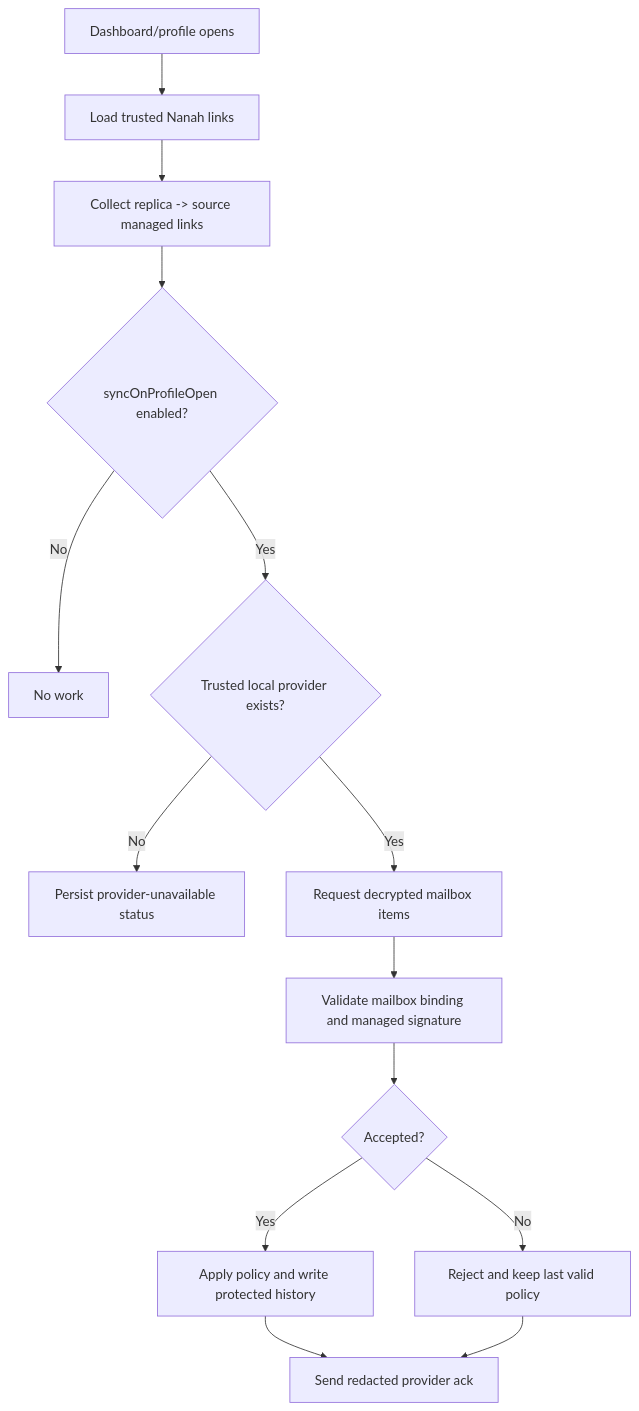
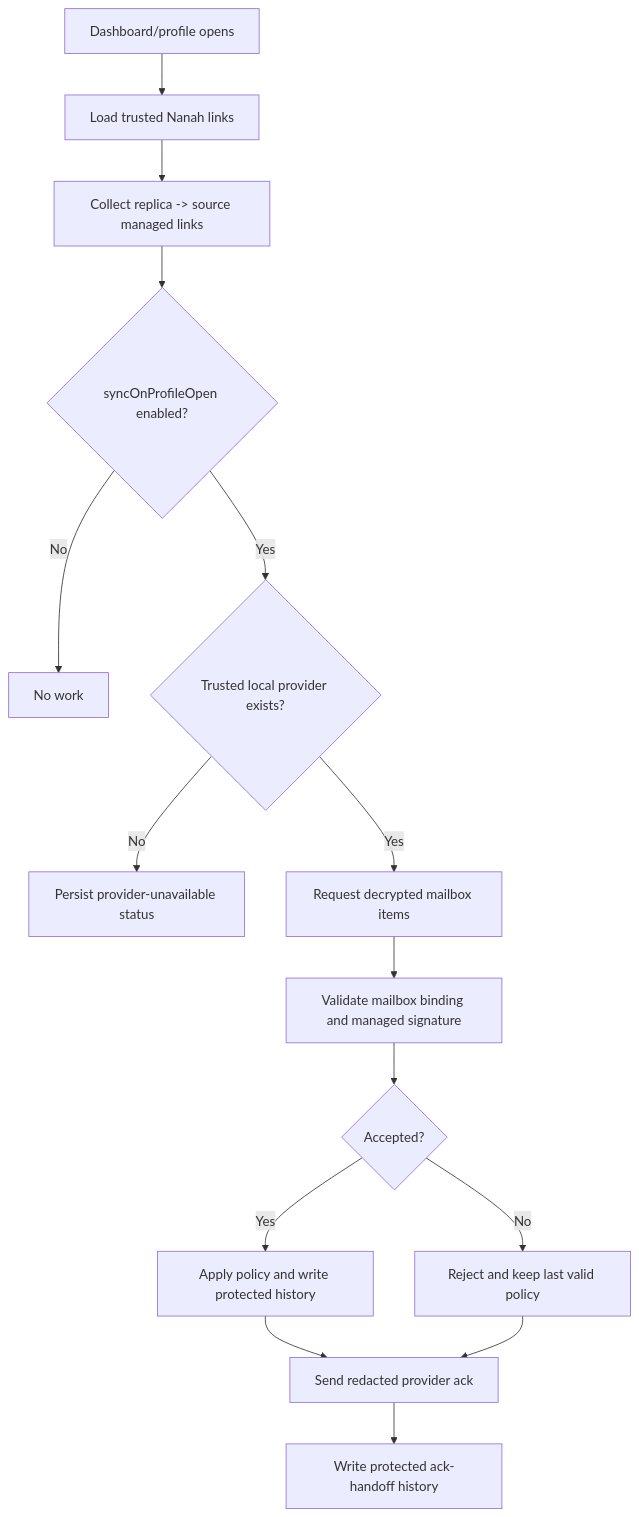
One commit to varshneydevansh/FilterTube changed the diagram in docs/audit/FILTERTUBE_NANAH_MANAGED_PULL_ON_OPEN_2026-06-04.md. Above: the diagram before and after it, drawn with Mermaid. The commit also changed other lines of this file and 58 other files, not shown here.

Commit message:
feat: record managed mailbox ack history

````diff
--- a/docs/audit/FILTERTUBE_NANAH_MANAGED_PULL_ON_OPEN_2026-06-04.md
+++ b/docs/audit/FILTERTUBE_NANAH_MANAGED_PULL_ON_OPEN_2026-06-04.md
@@ -32,16 +35,17 @@
 ```mermaid
 flowchart TD
   A["Dashboard/profile opens"] --> B["Load trusted Nanah links"]
   B --> C["Collect replica -> source managed links"]
   C --> D{"syncOnProfileOpen enabled?"}
   D -->|No| E["No work"]
   D -->|Yes| F{"Trusted local provider exists?"}
   F -->|No| G["Persist provider-unavailable status"]
   F -->|Yes| H["Request decrypted mailbox items"]
   H --> I["Validate mailbox binding and managed signature"]
   I --> J{"Accepted?"}
   J -->|Yes| K["Apply policy and write protected history"]
   J -->|No| L["Reject and keep last valid policy"]
   K --> M["Send redacted provider ack"]
   L --> M
+  M --> N["Write protected ack-handoff history"]
 ```
````
